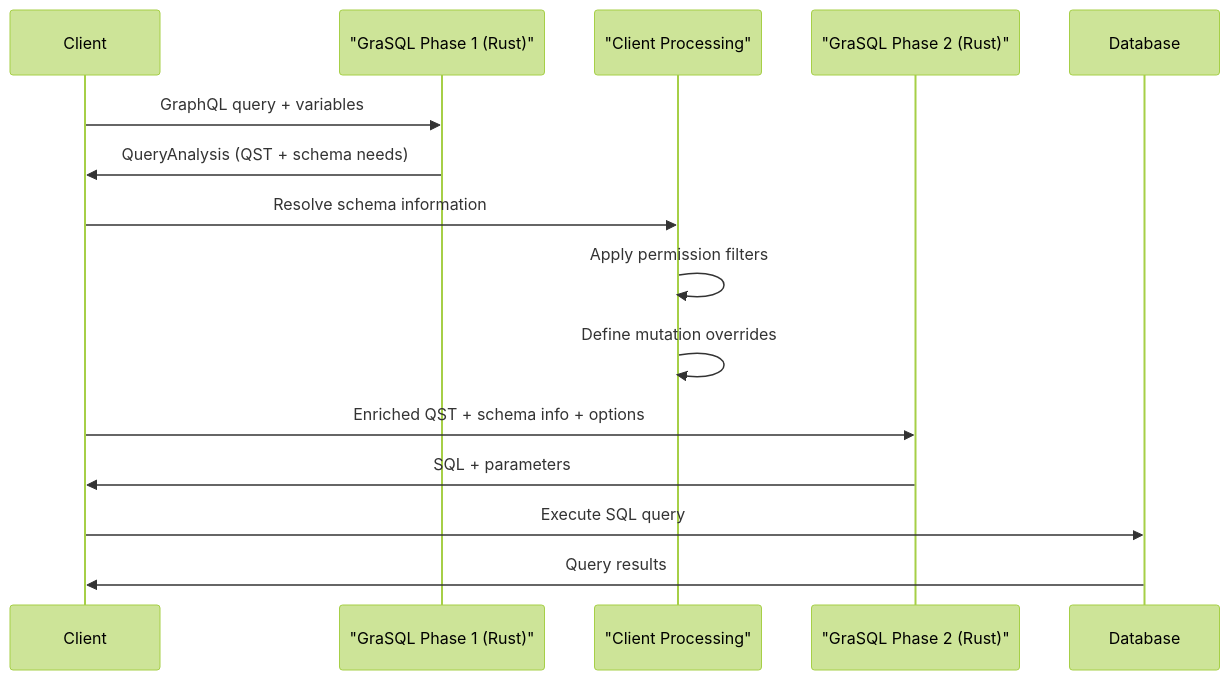
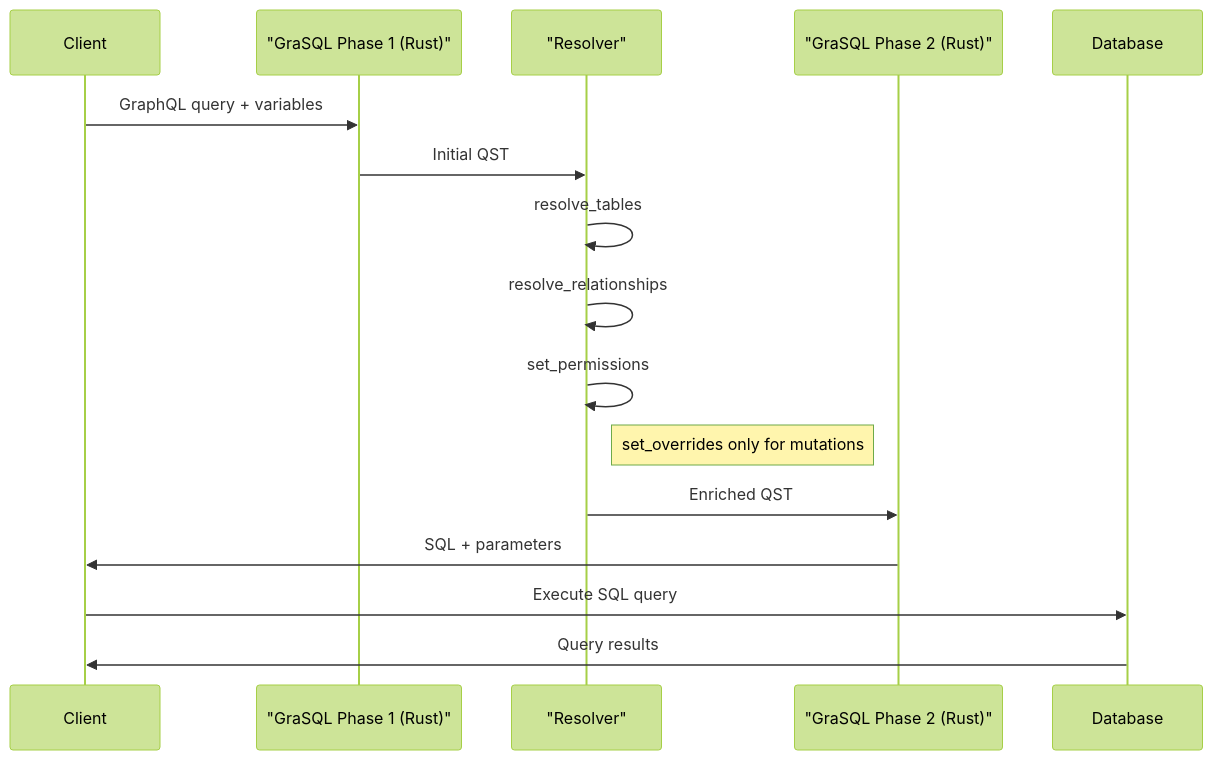
Before and after one commit to simple-platform/grasql: the second of 2 diagrams in docs/architecture.md, drawn with Mermaid (forest theme). The commit also changed other lines of this file and 24 other files, not shown here.

First line of the commit message:
feat(parser): add basic support for graphql parsing (#12)

````diff
--- a/docs/architecture.md
+++ b/docs/architecture.md
@@ -210,21 +180,22 @@
 ```mermaid
 sequenceDiagram
     participant Client
     participant GraSQL_Phase1 as "GraSQL Phase 1 (Rust)"
-    participant Client_Processing as "Client Processing"
+    participant Resolver as "Resolver"
     participant GraSQL_Phase2 as "GraSQL Phase 2 (Rust)"
     participant Database
 
     Client->>GraSQL_Phase1: GraphQL query + variables
-    GraSQL_Phase1->>Client: QueryAnalysis (QST + schema needs)
+    GraSQL_Phase1->>Resolver: Initial QST
 
-    Client->>Client_Processing: Resolve schema information
-    Client_Processing->>Client_Processing: Apply permission filters
-    Client_Processing->>Client_Processing: Define mutation overrides
+    Resolver->>Resolver: resolve_tables
+    Resolver->>Resolver: resolve_relationships
+    Resolver->>Resolver: set_permissions
+    Note right of Resolver: set_overrides only for mutations
 
-    Client->>GraSQL_Phase2: Enriched QST + schema info + options
+    Resolver->>GraSQL_Phase2: Enriched QST
     GraSQL_Phase2->>Client: SQL + parameters
 
     Client->>Database: Execute SQL query
     Database->>Client: Query results
 ```
````
